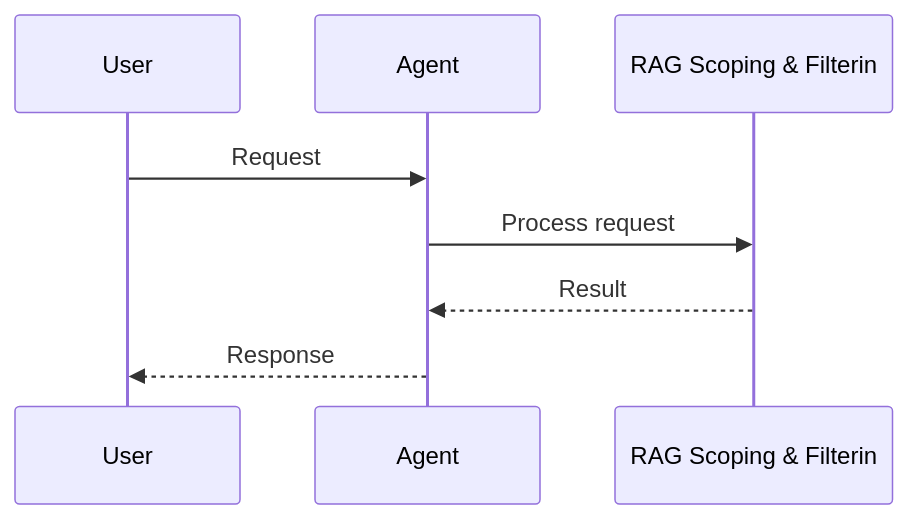
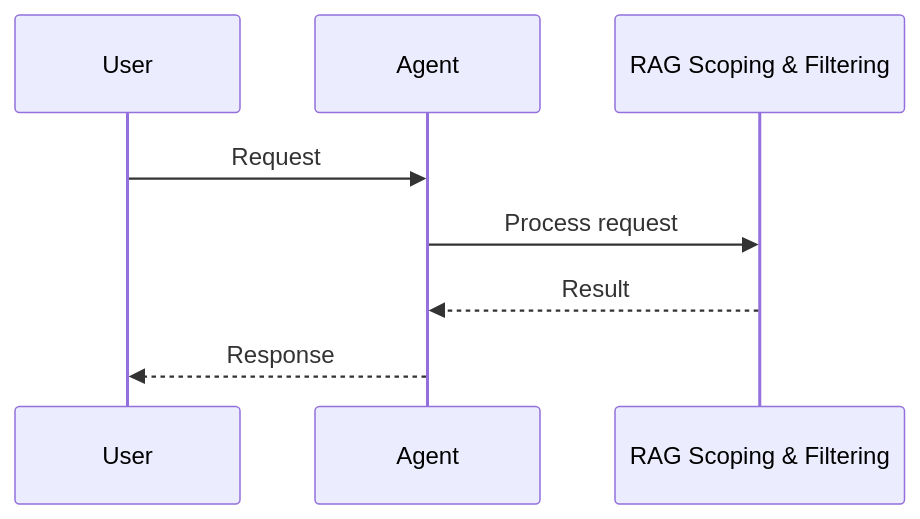
Before and after one commit to MervinPraison/PraisonAIDocs: the third of 3 diagrams in docs/features/rag-scoping.mdx, drawn with Mermaid. The commit also changed 45 other files, not shown here.

First line of the commit message:
docs: fix truncated Mermaid diagram feature names (22-char cutoff)

````diff
--- a/docs/features/rag-scoping.mdx
+++ b/docs/features/rag-scoping.mdx
@@ -104,11 +104,11 @@
 ```mermaid
 sequenceDiagram
     participant User
     participant Agent
-    participant Feature as RAG Scoping & Filterin
+    participant Feature as RAG Scoping & Filtering
 
     User->>Agent: Request
     Agent->>Feature: Process request
     Feature-->>Agent: Result
     Agent-->>User: Response
 ```
````
